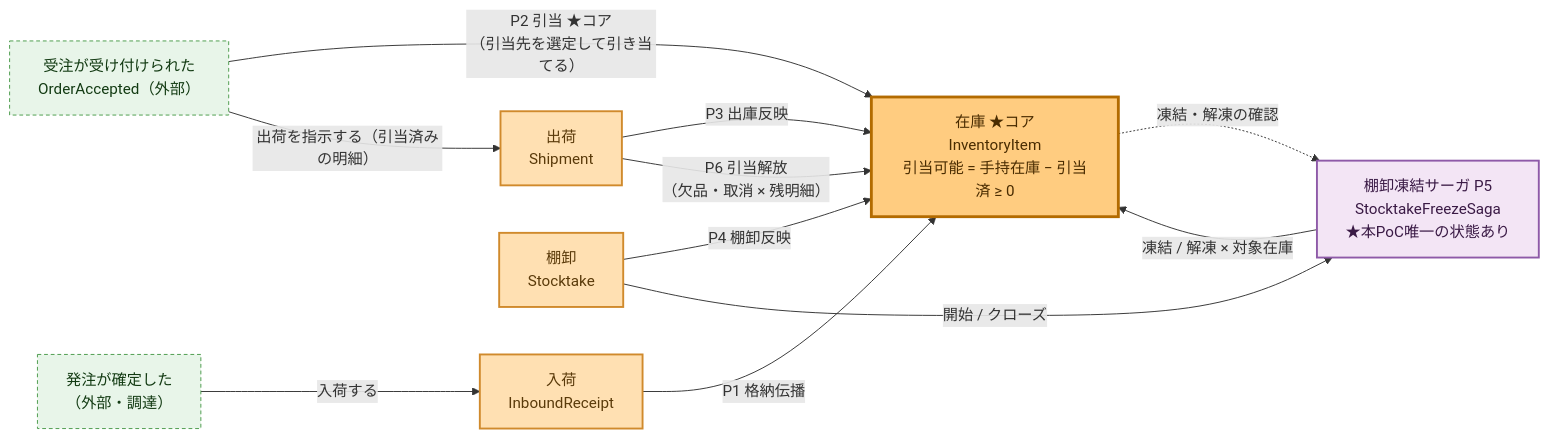
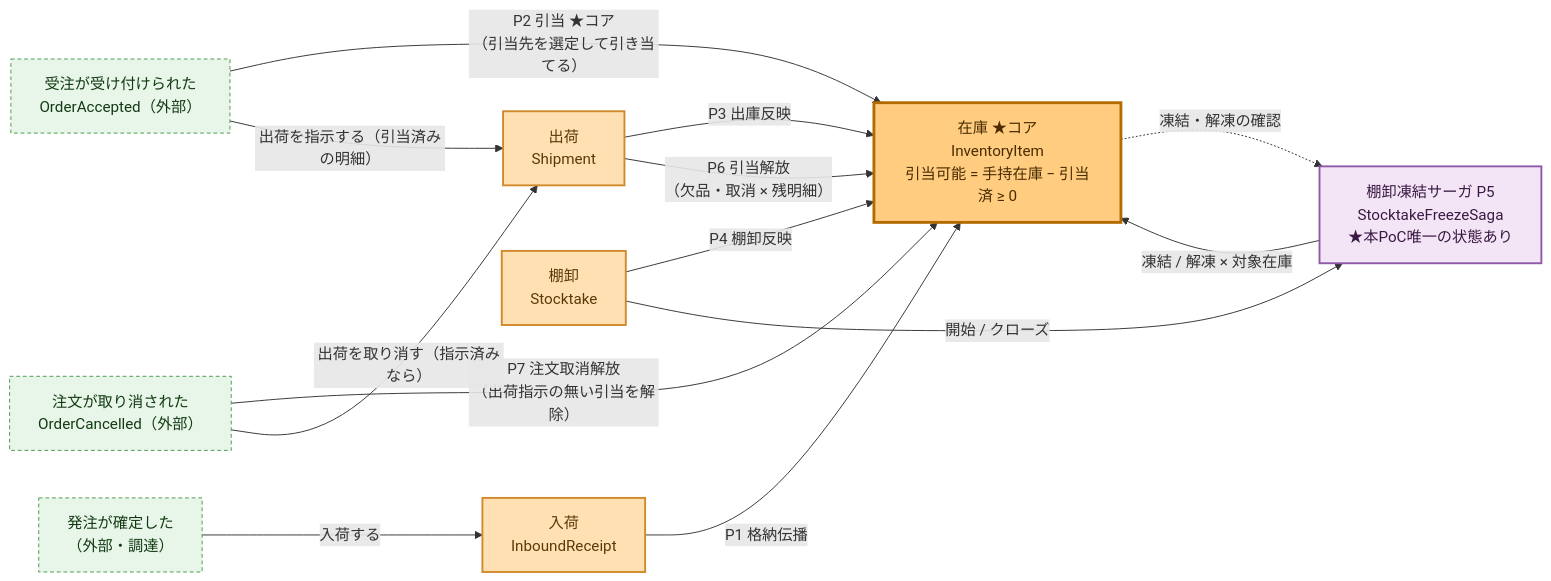
One commit to nenokido2000/event-sourcing-handson changed the first of 4 diagrams in docs/tactical-design.md. Above: the diagram before and after it, drawn with Mermaid. The commit also changed other lines of this file and 9 other files, not shown here.

````diff
--- a/docs/tactical-design.md
+++ b/docs/tactical-design.md
@@ -35,29 +35,32 @@
 ```mermaid
 graph LR
     classDef core fill:#ffcc80,stroke:#b36b00,color:#4a2c00,stroke-width:3px;
     classDef agg fill:#ffe0b2,stroke:#d08a2c,color:#5a3a0a,stroke-width:2px;
     classDef ext fill:#e8f5e9,stroke:#4a9a4a,color:#123a12,stroke-dasharray:4 3;
     classDef saga fill:#f3e5f5,stroke:#8e5aa8,color:#3a1a45,stroke-width:2px;
 
     ORD["受注が受け付けられた<br/>OrderAccepted（外部）"]:::ext
+    ORDX["注文が取り消された<br/>OrderCancelled（外部）"]:::ext
     PRC["発注が確定した<br/>（外部・調達）"]:::ext
 
     RCP["入荷<br/>InboundReceipt"]:::agg
     SHP["出荷<br/>Shipment"]:::agg
     STK["棚卸<br/>Stocktake"]:::agg
     INV["在庫 ★コア<br/>InventoryItem<br/>引当可能 = 手持在庫 − 引当済 ≥ 0"]:::core
     SAGA["棚卸凍結サーガ P5<br/>StocktakeFreezeSaga<br/>★本PoC唯一の状態あり"]:::saga
 
     PRC -->|"入荷する"| RCP
     ORD -->|"P2 引当 ★コア<br/>（引当先を選定して引き当てる）"| INV
+    ORDX -->|"P7 注文取消解放<br/>（出荷指示の無い引当を解除）"| INV
+    ORDX -->|"出荷を取り消す（指示済みなら）"| SHP
     ORD -->|"出荷を指示する（引当済みの明細）"| SHP
 
     RCP -->|"P1 格納伝播"| INV
     SHP -->|"P3 出庫反映"| INV
     SHP -->|"P6 引当解放<br/>（欠品・取消 × 残明細）"| INV
     STK -->|"P4 棚卸反映"| INV
 
     STK -->|"開始 / クローズ"| SAGA
     SAGA -->|"凍結 / 解凍 × 対象在庫"| INV
     INV -.->|"凍結・解凍の確認"| SAGA
 ```
````
